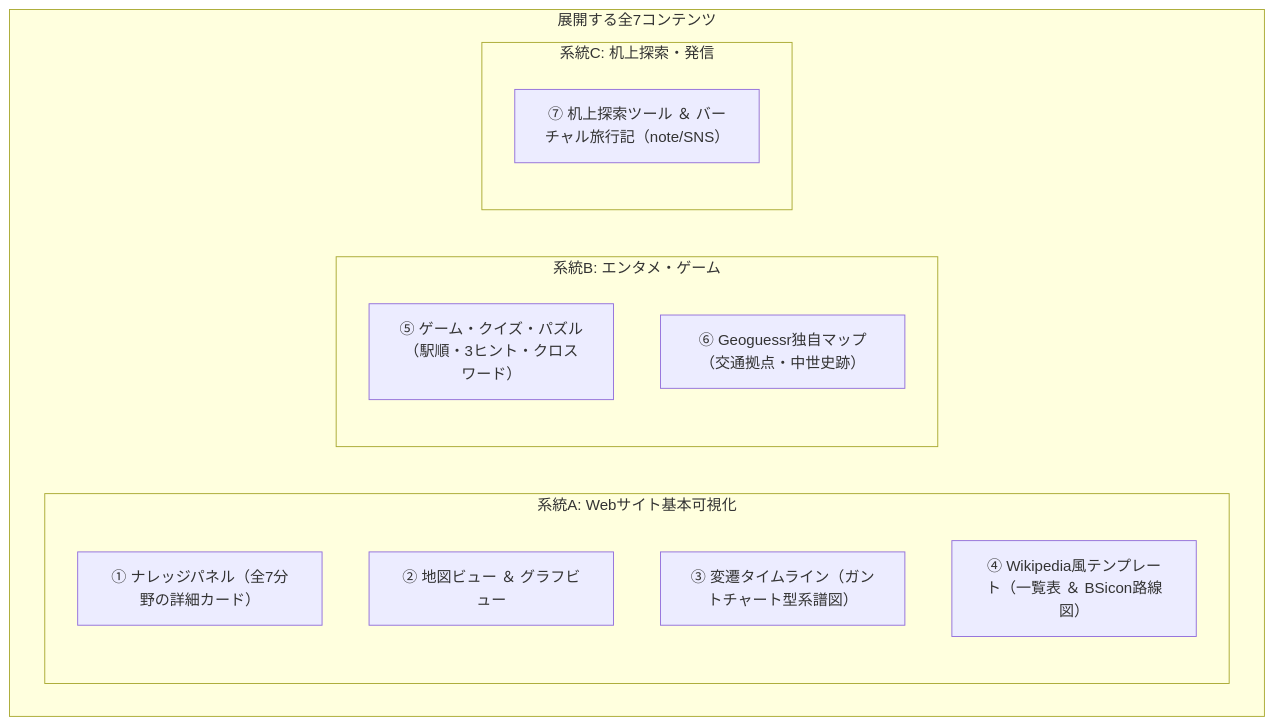
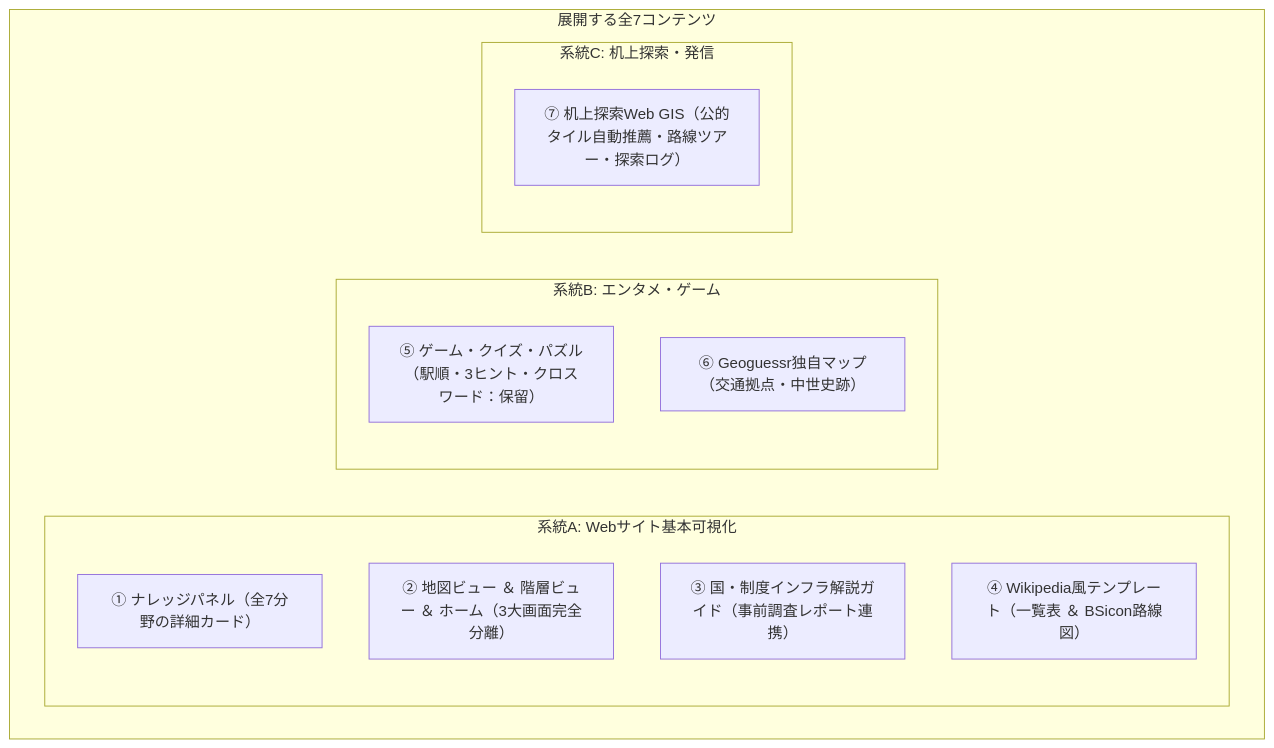
Before and after one commit to sasamichi/PJT_Main: the diagram in docs/03_コンテンツと画面仕様書.md, drawn with Mermaid. The commit also changed other lines of this file and 377 other files, not shown here.

````diff
--- a/docs/03_コンテンツと画面仕様書.md
+++ b/docs/03_コンテンツと画面仕様書.md
@@ -10,18 +10,18 @@
 ```mermaid
 flowchart TD
     subgraph Contents["展開する全7コンテンツ"]
         subgraph Group1["系統A: Webサイト基本可視化"]
             C1["① ナレッジパネル（全7分野の詳細カード）"]
-            C2["② 地図ビュー ＆ グラフビュー"]
-            C3["③ 変遷タイムライン（ガントチャート型系譜図）"]
+            C2["② 地図ビュー ＆ 階層ビュー ＆ ホーム（3大画面完全分離）"]
+            C3["③ 国・制度インフラ解説ガイド（事前調査レポート連携）"]
             C4["④ Wikipedia風テンプレート（一覧表 ＆ BSicon路線図）"]
         end
         subgraph Group2["系統B: エンタメ・ゲーム"]
-            C5["⑤ ゲーム・クイズ・パズル（駅順・3ヒント・クロスワード）"]
+            C5["⑤ ゲーム・クイズ・パズル（駅順・3ヒント・クロスワード：保留）"]
             C6["⑥ Geoguessr独自マップ（交通拠点・中世史跡）"]
         end
         subgraph Group3["系統C: 机上探索・発信"]
-            C7["⑦ 机上探索ツール ＆ バーチャル旅行記（note/SNS）"]
+            C7["⑦ 机上探索Web GIS（公的タイル自動推薦・路線ツアー・探索ログ）"]
         end
     end
 ```
````
